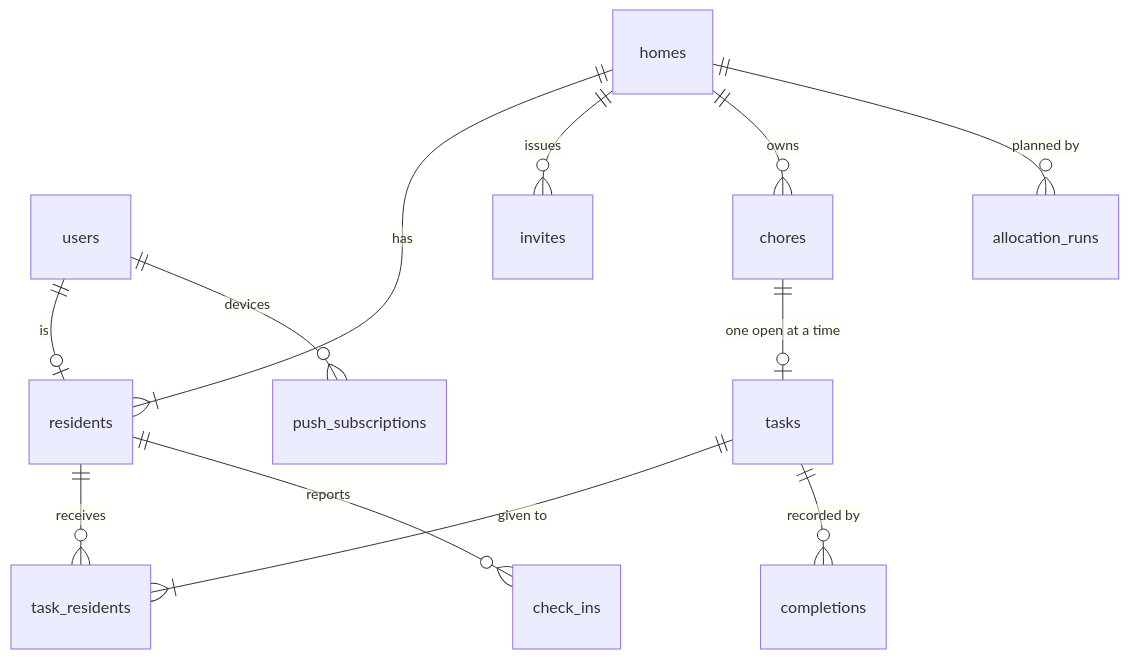
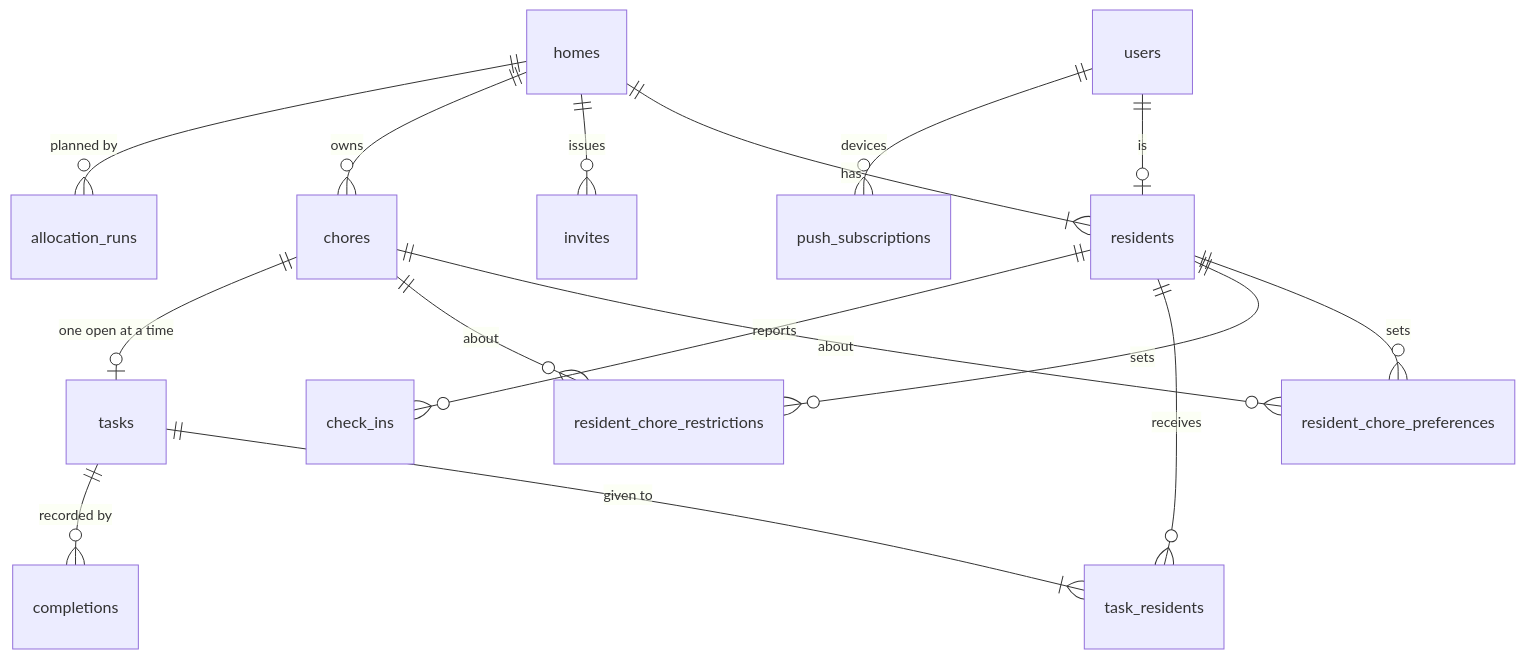
Before and after one commit to AbnerWillclefy/Homeowner: the diagram in docs/architecture/data-model.md, drawn with Mermaid. The commit also changed other lines of this file and 1 other file, not shown here.

Commit message:
docs(architecture): describe the chore settings tables, package and routes

````diff
--- a/docs/architecture/data-model.md
+++ b/docs/architecture/data-model.md
@@ -24,14 +25,18 @@
 ```mermaid
 erDiagram
     users ||--o| residents : "is"
     homes ||--|{ residents : "has"
     homes ||--o{ invites : "issues"
     homes ||--o{ chores : "owns"
+    residents ||--o{ resident_chore_preferences : "sets"
+    residents ||--o{ resident_chore_restrictions : "sets"
+    chores ||--o{ resident_chore_preferences : "about"
+    chores ||--o{ resident_chore_restrictions : "about"
     chores ||--o| tasks : "one open at a time"
     tasks ||--|{ task_residents : "given to"
     residents ||--o{ task_residents : "receives"
     tasks ||--o{ completions : "recorded by"
     residents ||--o{ check_ins : "reports"
     users ||--o{ push_subscriptions : "devices"
     homes ||--o{ allocation_runs : "planned by"
 ```
````
